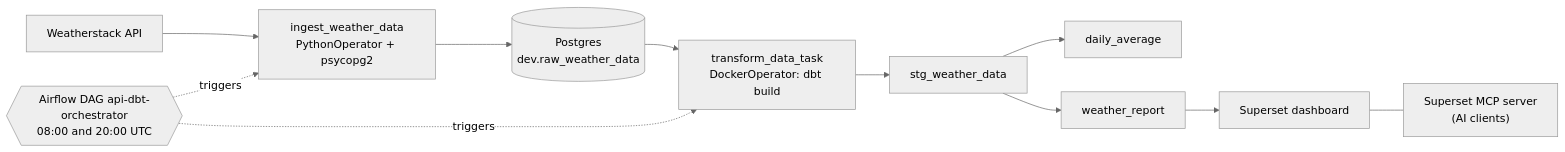
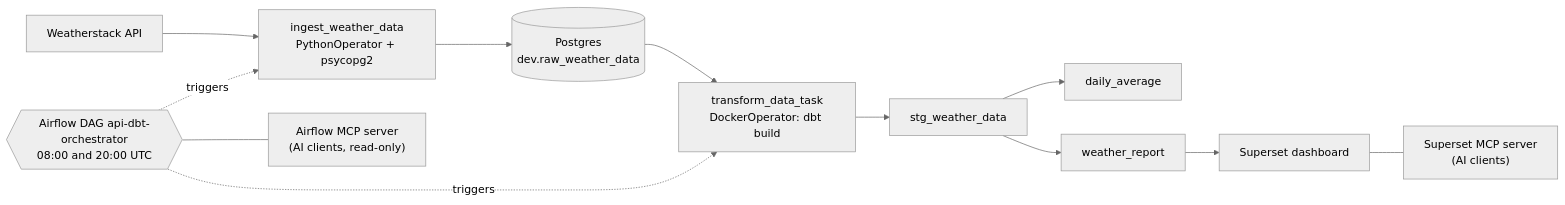
The diagram in README.md (henrymarinho90/weather-data-project), drawn with Mermaid (neutral theme) before and after one commit. The commit also changed other lines of this file and 8 other files, not shown here.

First line of the commit message:
Add read-only Airflow MCP server for AI clients

````diff
--- a/README.md
+++ b/README.md
@@ -9,13 +9,14 @@
 ```mermaid
 flowchart LR
     API["Weatherstack API"] --> ING["ingest_weather_data<br/>PythonOperator + psycopg2"]
     ING --> RAW[("Postgres<br/>dev.raw_weather_data")]
     RAW --> DBT["transform_data_task<br/>DockerOperator: dbt build"]
     DBT --> STG["stg_weather_data"]
     STG --> DA["daily_average"]
     STG --> WR["weather_report"]
     WR --> SS["Superset dashboard"]
     SS --- MCP["Superset MCP server<br/>(AI clients)"]
+    AF --- AMCP["Airflow MCP server<br/>(AI clients, read-only)"]
     AF{{"Airflow DAG api-dbt-orchestrator<br/>08:00 and 20:00 UTC"}} -. triggers .-> ING
     AF -. triggers .-> DBT
 ```
````
